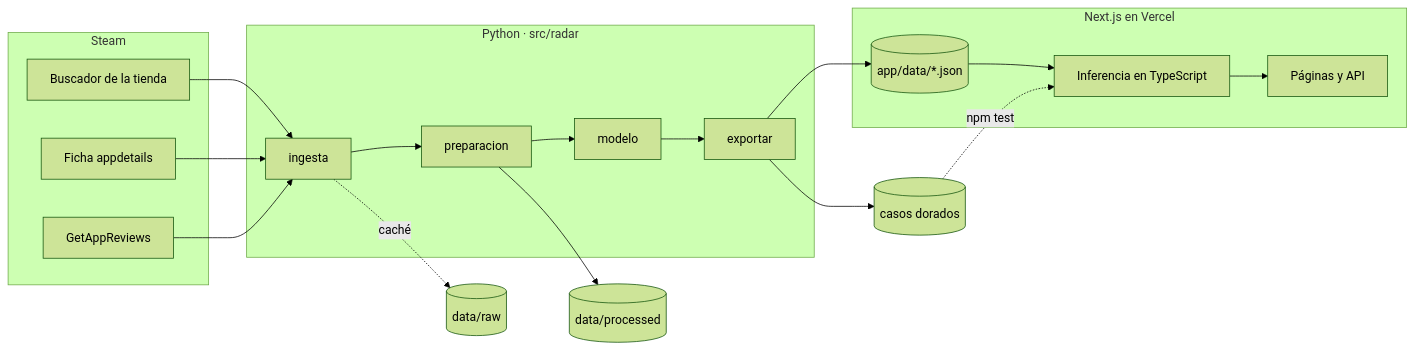
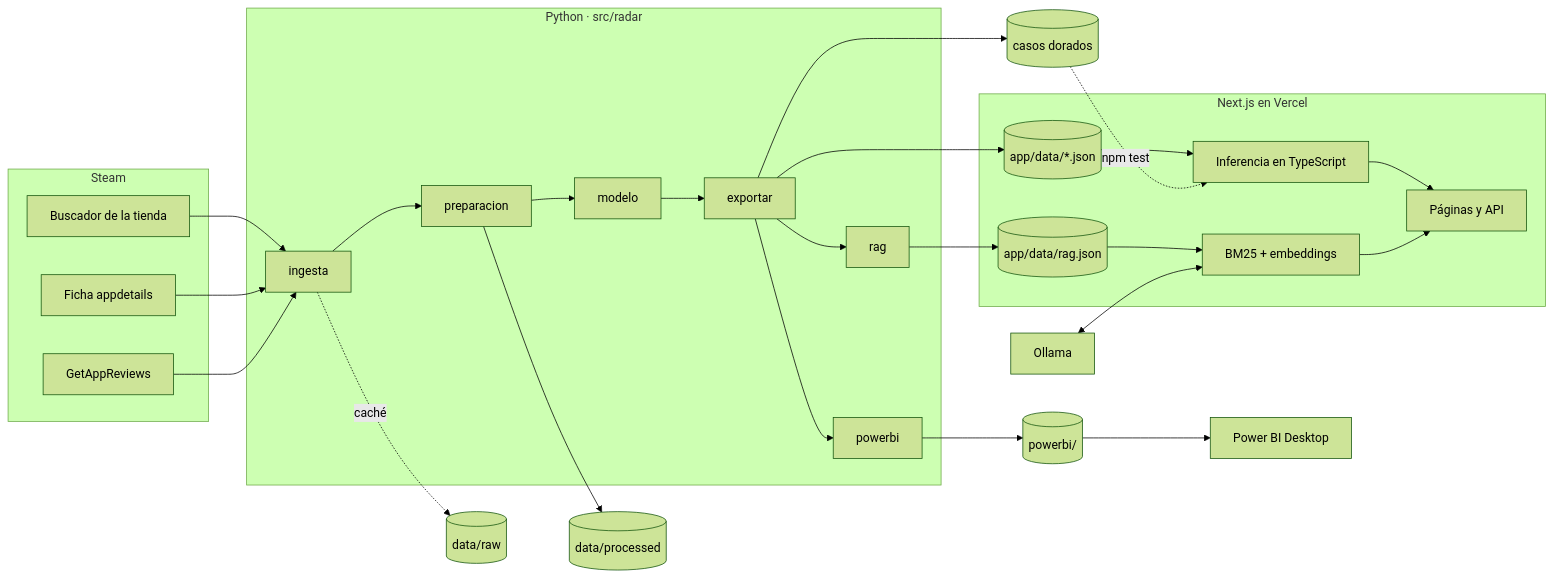
One commit to alvarodc093-pixel/steam-launch-radar changed the diagram in README.md. Above: the diagram before and after it, drawn with Mermaid (forest theme). The commit also changed other lines of this file and 1 other file, not shown here.

Commit message:
docs: asistente y panel de Power BI en el README y en la actualización mensual

````diff
--- a/README.md
+++ b/README.md
@@ -157,23 +219,31 @@
 ```mermaid
 flowchart LR
     subgraph Steam
         B[Buscador de la tienda]
         F[Ficha appdetails]
         R[GetAppReviews]
     end
     subgraph Python["Python · src/radar"]
         I[ingesta] --> P[preparacion]
         P --> M[modelo]
         M --> E[exportar]
+        E --> RG[rag]
+        E --> PB[powerbi]
     end
     B & F & R --> I
     I -. caché .-> RAW[(data/raw)]
     P --> CSV[(data/processed)]
     E --> JSON[(app/data/*.json)]
     E --> CD[(casos dorados)]
+    RG --> IDX[(app/data/rag.json)]
+    PB --> BI[(powerbi/)]
     subgraph Next["Next.js en Vercel"]
         JSON --> INF[Inferencia en TypeScript]
         INF --> UI[Páginas y API]
+        IDX --> BUS[BM25 + embeddings]
+        BUS --> UI
     end
+    OL[Ollama] <--> BUS
     CD -. npm test .-> INF
+    BI --> PBI[Power BI Desktop]
 ```
````
